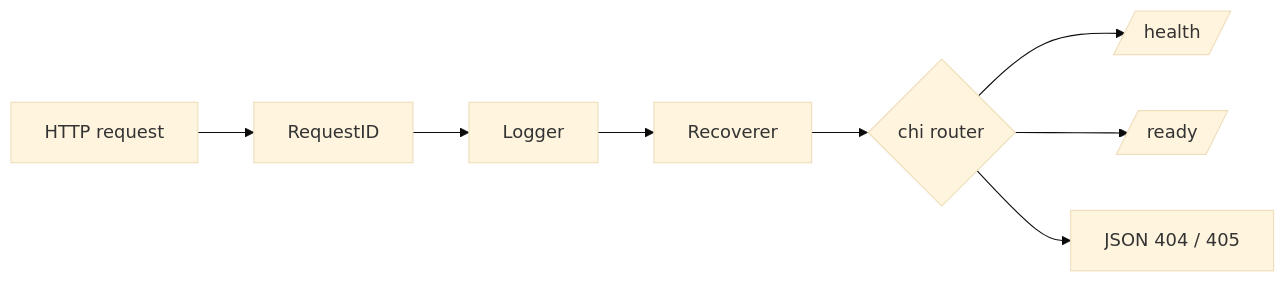
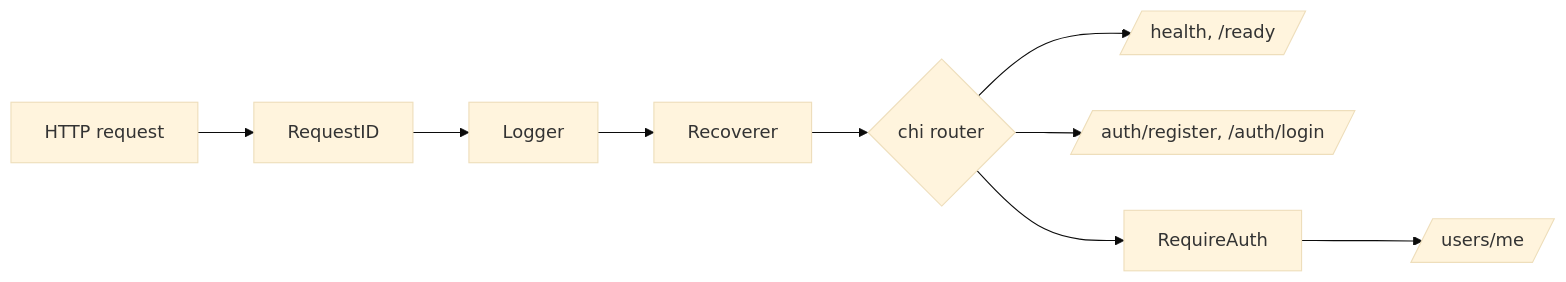
Before and after one commit to BasavarajBankolli/inventory-order-engine: the second of 2 diagrams in README.md, drawn with Mermaid (base theme). The commit also changed other lines of this file and 37 other files, not shown here.

````diff
--- a/README.md
+++ b/README.md
@@ -32,7 +32,7 @@
 ```mermaid
 flowchart LR
     req[HTTP request] --> rid[RequestID] --> log[Logger] --> rec[Recoverer] --> router{chi router}
-    router --> h[/health/]
-    router --> r[/ready/]
-    router --> nf[JSON 404 / 405]
+    router --> h[/health, /ready/]
+    router --> pub[/auth/register, /auth/login/]
+    router --> ra[RequireAuth] --> me[/users/me/]
 ```
````
